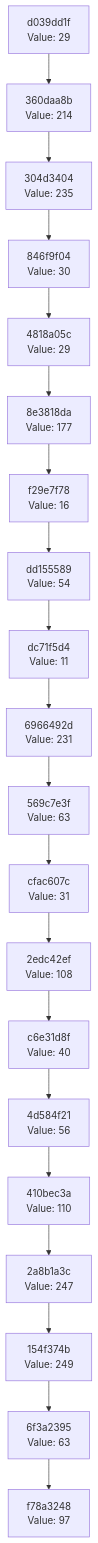
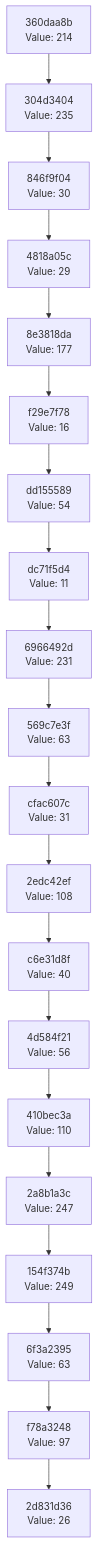
The diagram in docs/CHAIN_VISUALIZATION.md (Abhisheksinha1506/hash-chain-evolver), drawn with Mermaid before and after one commit. The commit also changed 3 other files, not shown here.

````diff
--- a/docs/CHAIN_VISUALIZATION.md
+++ b/docs/CHAIN_VISUALIZATION.md
@@ -3,42 +3,42 @@
 ```mermaid
 graph TD
-    C0["f78a3248<br/>Value: 97"]
-    C1["6f3a2395<br/>Value: 63"]
+    C0["2d831d36<br/>Value: 26"]
+    C1["f78a3248<br/>Value: 97"]
     C1 --> C0
-    C2["154f374b<br/>Value: 249"]
+    C2["6f3a2395<br/>Value: 63"]
     C2 --> C1
-    C3["2a8b1a3c<br/>Value: 247"]
+    C3["154f374b<br/>Value: 249"]
     C3 --> C2
-    C4["410bec3a<br/>Value: 110"]
+    C4["2a8b1a3c<br/>Value: 247"]
     C4 --> C3
-    C5["4d584f21<br/>Value: 56"]
+    C5["410bec3a<br/>Value: 110"]
     C5 --> C4
-    C6["c6e31d8f<br/>Value: 40"]
+    C6["4d584f21<br/>Value: 56"]
     C6 --> C5
-    C7["2edc42ef<br/>Value: 108"]
+    C7["c6e31d8f<br/>Value: 40"]
     C7 --> C6
-    C8["cfac607c<br/>Value: 31"]
+    C8["2edc42ef<br/>Value: 108"]
     C8 --> C7
-    C9["569c7e3f<br/>Value: 63"]
+    C9["cfac607c<br/>Value: 31"]
     C9 --> C8
-    C10["6966492d<br/>Value: 231"]
+    C10["569c7e3f<br/>Value: 63"]
     C10 --> C9
-    C11["dc71f5d4<br/>Value: 11"]
+    C11["6966492d<br/>Value: 231"]
     C11 --> C10
-    C12["dd155589<br/>Value: 54"]
+    C12["dc71f5d4<br/>Value: 11"]
     C12 --> C11
-    C13["f29e7f78<br/>Value: 16"]
+    C13["dd155589<br/>Value: 54"]
     C13 --> C12
-    C14["8e3818da<br/>Value: 177"]
+    C14["f29e7f78<br/>Value: 16"]
     C14 --> C13
-    C15["4818a05c<br/>Value: 29"]
+    C15["8e3818da<br/>Value: 177"]
     C15 --> C14
-    C16["846f9f04<br/>Value: 30"]
+    C16["4818a05c<br/>Value: 29"]
     C16 --> C15
-    C17["304d3404<br/>Value: 235"]
+    C17["846f9f04<br/>Value: 30"]
     C17 --> C16
-    C18["360daa8b<br/>Value: 214"]
+    C18["304d3404<br/>Value: 235"]
     C18 --> C17
-    C19["d039dd1f<br/>Value: 29"]
+    C19["360daa8b<br/>Value: 214"]
     C19 --> C18
 ```
````
